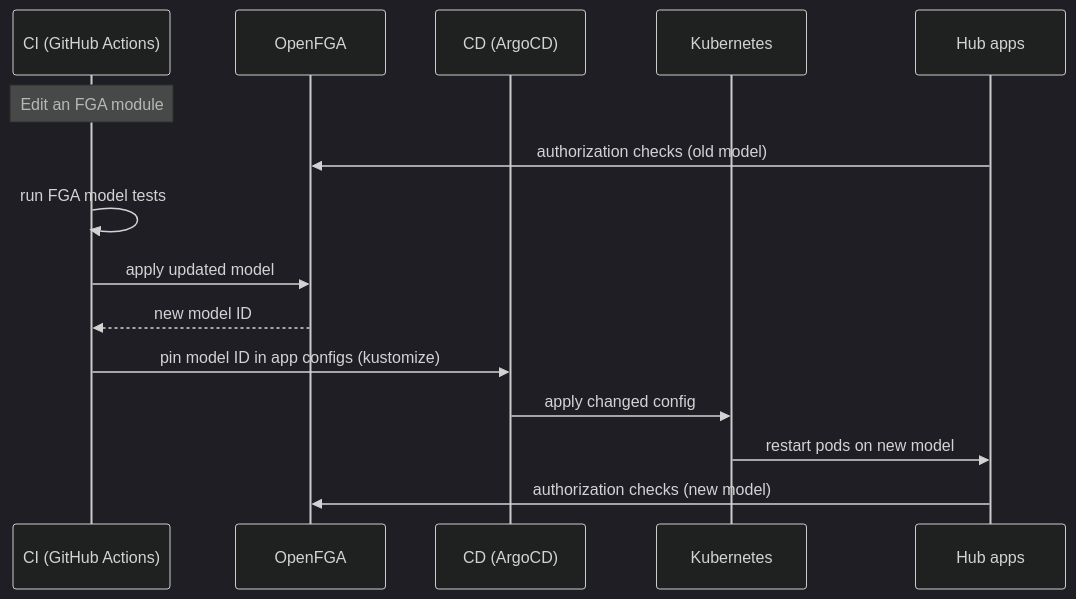
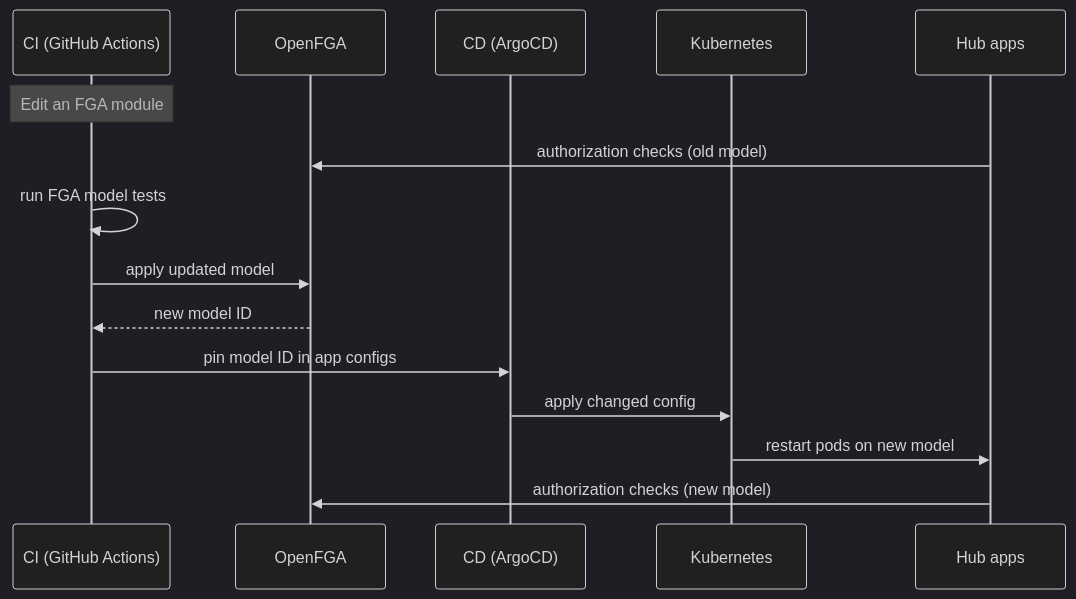
The diagram in slides.md (leahein/fga-talk), drawn with Mermaid (dark theme) before and after one commit. The commit also changed other lines of this file, not shown here.

````diff
--- a/slides.md
+++ b/slides.md
@@ -188,18 +155,18 @@
 ```mermaid
 sequenceDiagram
     participant CI as CI (GitHub Actions)
     participant FGA as OpenFGA
     participant CD as CD (ArgoCD)
     participant K8s as Kubernetes
     participant App as Hub apps
 
     Note over CI: Edit an FGA module
     App->>FGA: authorization checks (old model)
     CI->>CI: run FGA model tests
     CI->>FGA: apply updated model
     FGA-->>CI: new model ID
-    CI->>CD: pin model ID in app configs (kustomize)
+    CI->>CD: pin model ID in app configs
     CD->>K8s: apply changed config
     K8s->>App: restart pods on new model
     App->>FGA: authorization checks (new model)
 ```
````
